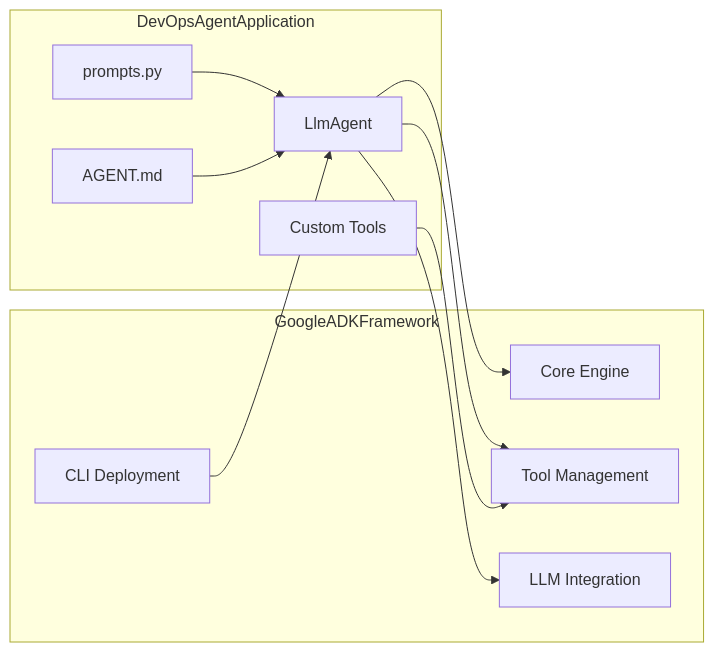
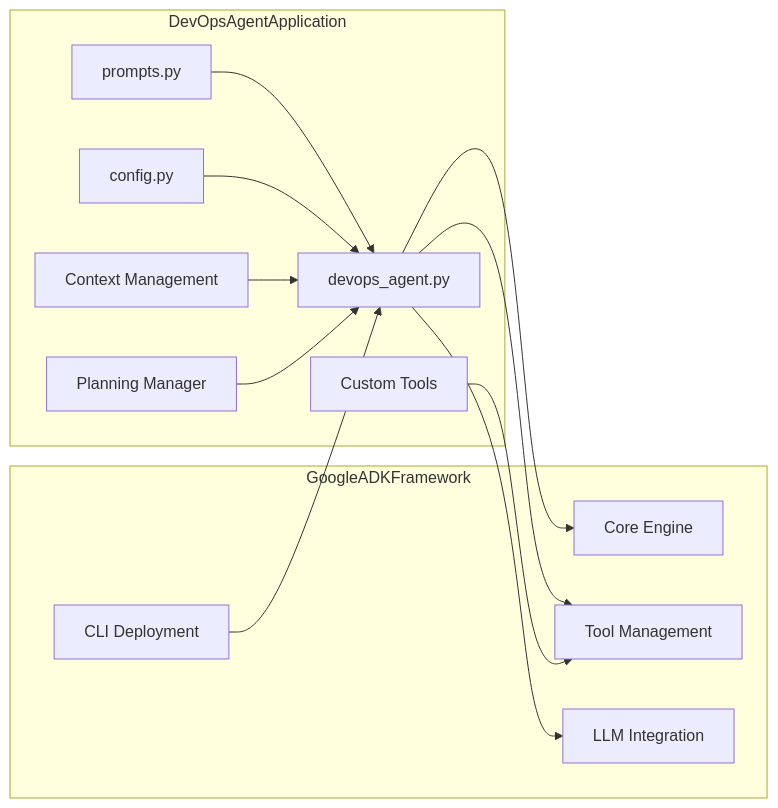
One commit to BlueCentre/adk-agents changed the first of 8 diagrams in README.md. Above: the diagram before and after it, drawn with Mermaid. The commit also changed other lines of this file and 2 other files, not shown here.

````diff
--- a/README.md
+++ b/README.md
@@ -173,24 +181,28 @@
 ```mermaid
 graph LR
     subgraph GoogleADKFramework
         ADK_Core[Core Engine]
         ADK_Tools[Tool Management]
         ADK_LLM[LLM Integration]
         ADK_CLI[CLI Deployment]
     end
 
     subgraph DevOpsAgentApplication
-        AgentPy[LlmAgent]
+        DevOpsAgent[devops_agent.py]
         PromptPy[prompts.py]
-        AgentMD[AGENT.md]
+        ConfigPy[config.py]
         CustomTools[Custom Tools]
+        ContextMgmt[Context Management]
+        PlanningMgr[Planning Manager]
     end
 
-    AgentPy --> ADK_Core
-    AgentPy --> ADK_Tools
-    AgentPy --> ADK_LLM
-    PromptPy --> AgentPy
-    AgentMD --> AgentPy
+    DevOpsAgent --> ADK_Core
+    DevOpsAgent --> ADK_Tools
+    DevOpsAgent --> ADK_LLM
+    PromptPy --> DevOpsAgent
+    ConfigPy --> DevOpsAgent
+    ContextMgmt --> DevOpsAgent
+    PlanningMgr --> DevOpsAgent
     CustomTools --> ADK_Tools
-    ADK_CLI --> AgentPy
+    ADK_CLI --> DevOpsAgent
 ```
````
